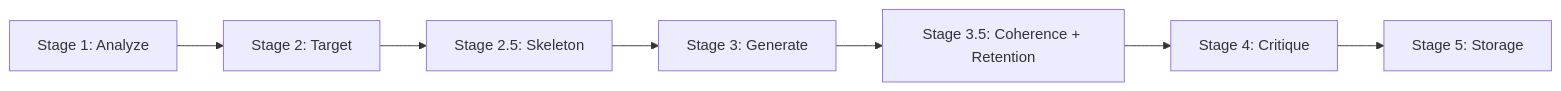
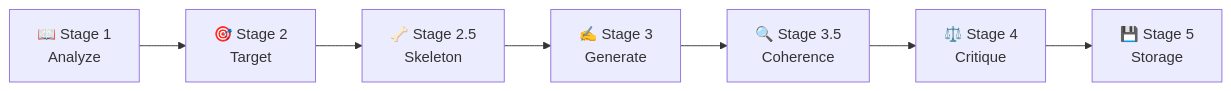
Before and after one commit to Aditya-kr-jha/Prismatic-Engine: the diagram in README.md, drawn with Mermaid. The commit also changed other lines of this file, not shown here.

````diff
--- a/README.md
+++ b/README.md
@@ -31,9 +82,9 @@
 ```mermaid
 flowchart LR
-    A[Stage 1: Analyze] --> B[Stage 2: Target]
-    B --> C[Stage 2.5: Skeleton]
-    C --> D[Stage 3: Generate]
-    D --> E[Stage 3.5: Coherence + Retention]
-    E --> F[Stage 4: Critique]
-    F --> G[Stage 5: Storage]
+    A[📖 Stage 1<br>Analyze] --> B[🎯 Stage 2<br>Target]
+    B --> C[🦴 Stage 2.5<br>Skeleton]
+    C --> D[✍️ Stage 3<br>Generate]
+    D --> E[🔍 Stage 3.5<br>Coherence]
+    E --> F[⚖️ Stage 4<br>Critique]
+    F --> G[💾 Stage 5<br>Storage]
 ```
````
